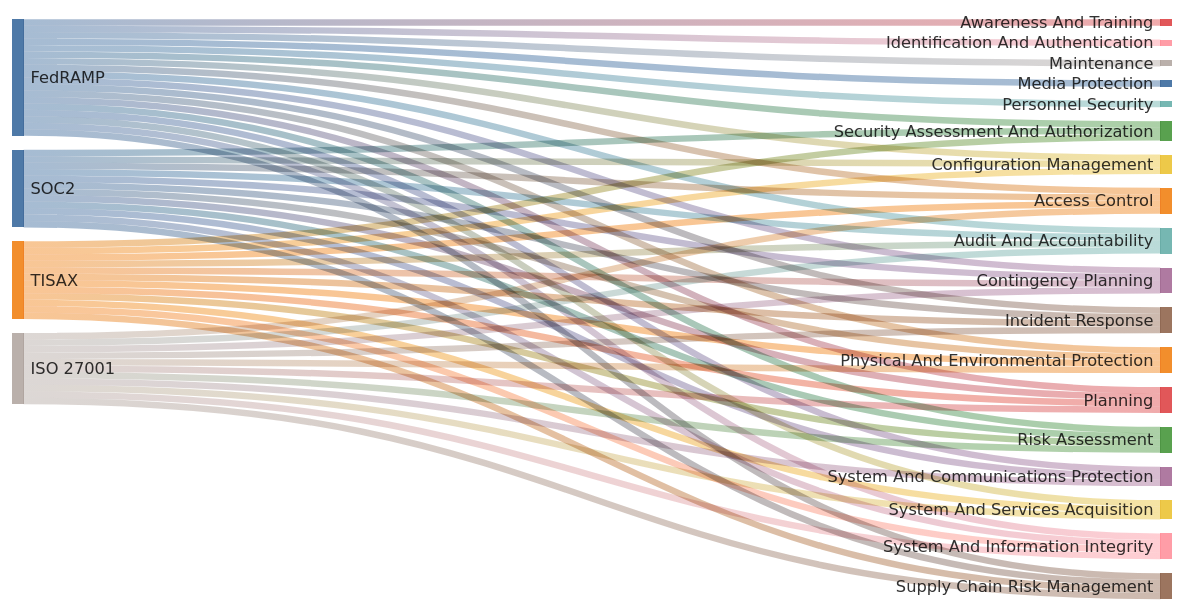
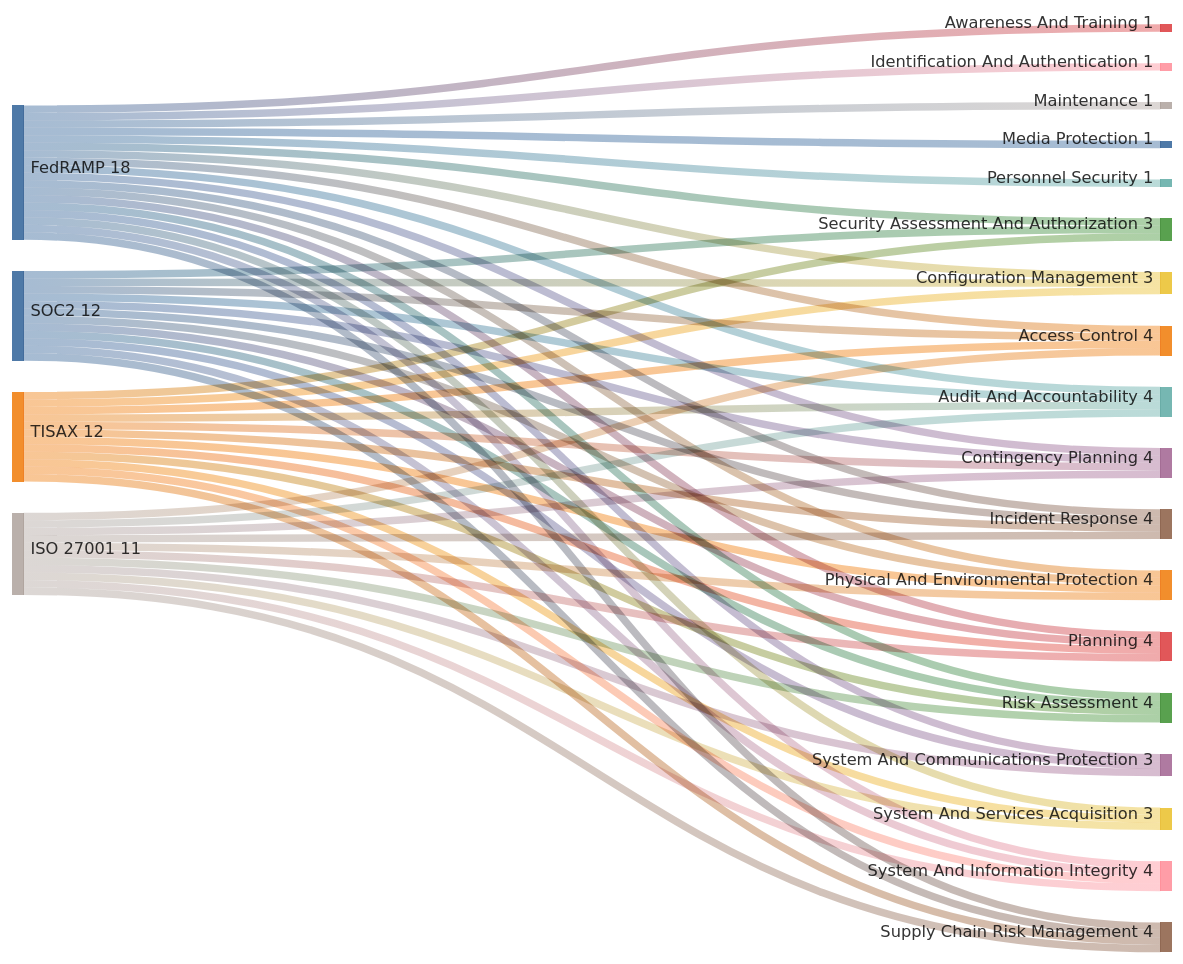
Before and after one commit to jluufigma/grc-docs: the diagram in README.md, drawn with Mermaid. The commit also changed other lines of this file, not shown here.

````diff
--- a/README.md
+++ b/README.md
@@ -4,71 +4,71 @@
 ```mermaid
 ---
 config:
  themeCSS: white
  sankey: 
-  showValues: false
+  showValues: true
   width: 1000
-  height: 500
+  height: 800
   linkColor: 'gradient'
   nodeAlignment: 'center'
 ---
 sankey-beta
 
 %% Frameworks,Policies,Weight
 
 FedRAMP,Access Control,1
 FedRAMP,Awareness And Training,1
 FedRAMP,Audit And Accountability,1
 FedRAMP,Security Assessment And Authorization,1
 FedRAMP,Configuration Management,1
 FedRAMP,Contingency Planning,1
 FedRAMP,Identification And Authentication,1
 FedRAMP,Incident Response,1
 FedRAMP,Maintenance,1
 FedRAMP,Media Protection,1
 FedRAMP,Physical And Environmental Protection,1
 FedRAMP,Planning,1
 FedRAMP,Personnel Security,1
 FedRAMP,Risk Assessment,1
 FedRAMP,System And Services Acquisition,1
 FedRAMP,System And Communications Protection,1
 FedRAMP,System And Information Integrity,1
 FedRAMP,Supply Chain Risk Management,1
 ISO 27001,Access Control,1
 ISO 27001,Audit And Accountability,1
 ISO 27001,Contingency Planning,1
 ISO 27001,Incident Response,1
 ISO 27001,Physical And Environmental Protection,1
 ISO 27001,Planning,1
 ISO 27001,Risk Assessment,1
 ISO 27001,System And Services Acquisition,1
 ISO 27001,System And Communications Protection,1
 ISO 27001,System And Information Integrity,1
 ISO 27001,Supply Chain Risk Management,1
 SOC2,Access Control,1
 SOC2,Audit And Accountability,1
 SOC2,Security Assessment And Authorization,1
 SOC2,Configuration Management,1
 SOC2,Contingency Planning,1
 SOC2,Incident Response,1
 SOC2,Physical And Environmental Protection,1
 SOC2,Planning,1
 SOC2,Risk Assessment,1
 SOC2,System And Communications Protection,1
 SOC2,System And Information Integrity,1
 SOC2,Supply Chain Risk Management,1
 TISAX,Access Control,1
 TISAX,Audit And Accountability,1
 TISAX,Security Assessment And Authorization,1
 TISAX,Configuration Management,1
 TISAX,Contingency Planning,1
 TISAX,Incident Response,1
 TISAX,Physical And Environmental Protection,1
 TISAX,Planning,1
 TISAX,Risk Assessment,1
 TISAX,System And Services Acquisition,1
 TISAX,System And Information Integrity,1
 TISAX,Supply Chain Risk Management,1
 
 
 ```
````
